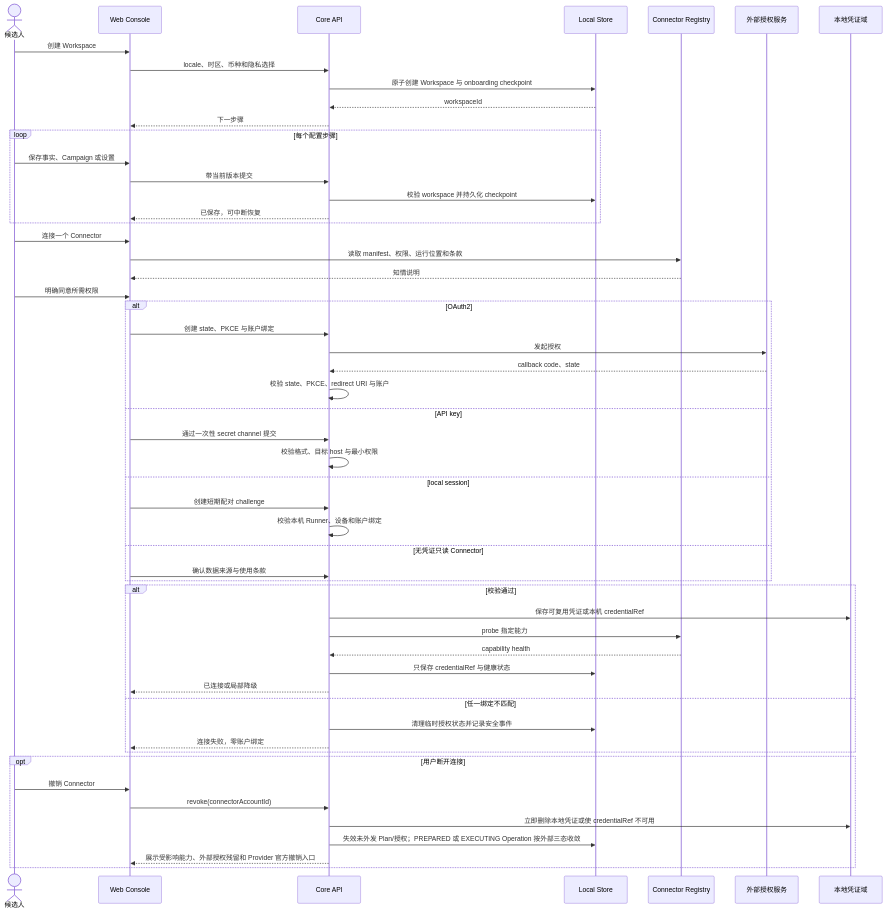
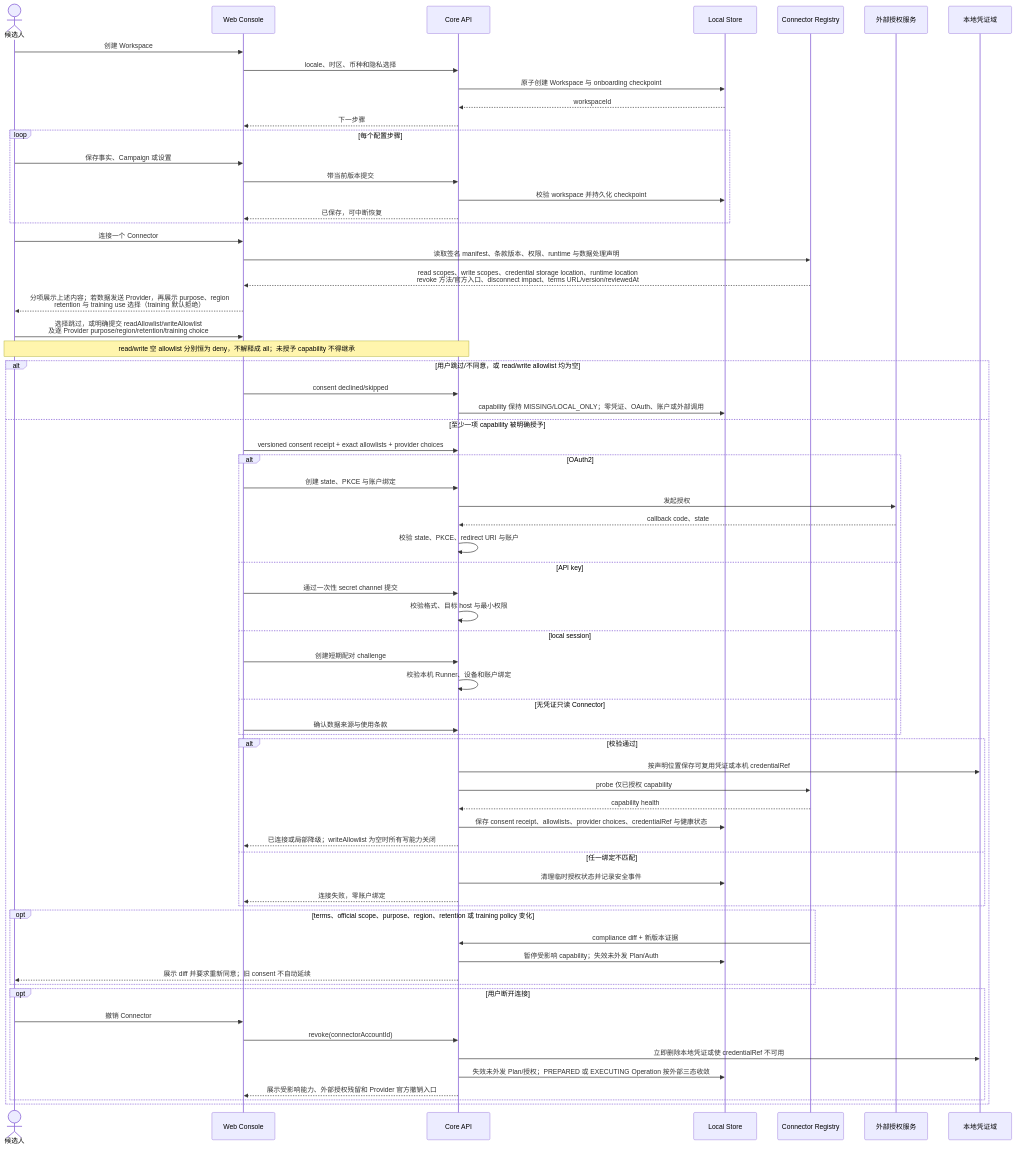
The first of 24 diagrams in docs/product/uml/05-sequence-flows.md (AnnCYW-cm/rolefox), drawn with Mermaid before and after one commit. The commit also changed other lines of this file and 22 other files, not shown here.

Commit message:
docs: accept v0.1 product and UML baseline

````diff
--- a/docs/product/uml/05-sequence-flows.md
+++ b/docs/product/uml/05-sequence-flows.md
@@ -9,58 +9,71 @@
 ```mermaid
 sequenceDiagram
     actor User as 候选人
     participant Web as Web Console
     participant Core as Core API
     participant DB as Local Store
     participant Registry as Connector Registry
     participant OAuth as 外部授权服务
     participant Vault as 本地凭证域
 
     User->>Web: 创建 Workspace
     Web->>Core: locale、时区、币种和隐私选择
     Core->>DB: 原子创建 Workspace 与 onboarding checkpoint
     DB-->>Core: workspaceId
     Core-->>Web: 下一步骤
     loop 每个配置步骤
         User->>Web: 保存事实、Campaign 或设置
         Web->>Core: 带当前版本提交
         Core->>DB: 校验 workspace 并持久化 checkpoint
         Core-->>Web: 已保存，可中断恢复
     end
     %% @anchor CONNECTOR_CONSENT
     User->>Web: 连接一个 Connector
-    Web->>Registry: 读取 manifest、权限、运行位置和条款
-    Registry-->>Web: 知情说明
-    User->>Web: 明确同意所需权限
-    alt OAuth2
-        Web->>Core: 创建 state、PKCE 与账户绑定
-        Core->>OAuth: 发起授权
-        OAuth-->>Core: callback code、state
-        Core->>Core: 校验 state、PKCE、redirect URI 与账户
-    else API key
-        Web->>Core: 通过一次性 secret channel 提交
-        Core->>Core: 校验格式、目标 host 与最小权限
-    else local session
-        Web->>Core: 创建短期配对 challenge
-        Core->>Core: 校验本机 Runner、设备和账户绑定
-    else 无凭证只读 Connector
-        Web->>Core: 确认数据来源与使用条款
-    end
-    alt 校验通过
-        Core->>Vault: 保存可复用凭证或本机 credentialRef
-        Core->>Registry: probe 指定能力
-        Registry-->>Core: capability health
-        Core->>DB: 只保存 credentialRef 与健康状态
-        Core-->>Web: 已连接或局部降级
-    else 任一绑定不匹配
-        Core->>DB: 清理临时授权状态并记录安全事件
-        Core-->>Web: 连接失败，零账户绑定
-    end
-    opt 用户断开连接
-        User->>Web: 撤销 Connector
-        Web->>Core: revoke(connectorAccountId)
-        Core->>Vault: 立即删除本地凭证或使 credentialRef 不可用
-        Core->>DB: 失效未外发 Plan/授权；PREPARED 或 EXECUTING Operation 按外部三态收敛
-        Core-->>Web: 展示受影响能力、外部授权残留和 Provider 官方撤销入口
+    Web->>Registry: 读取签名 manifest、条款版本、权限、runtime 与数据处理声明
+    Registry-->>Web: read scopes、write scopes、credential storage location、runtime location<br/>revoke 方法/官方入口、disconnect impact、terms URL/version/reviewedAt
+    Web-->>User: 分项展示上述内容；若数据发送 Provider，再展示 purpose、region<br/>retention 与 training use 选择（training 默认拒绝）
+    User->>Web: 选择跳过，或明确提交 readAllowlist/writeAllowlist<br/>及逐 Provider purpose/region/retention/training choice
+    Note over User,Core: read/write 空 allowlist 分别恒为 deny，不解释成 all；未授予 capability 不得继承
+    alt 用户跳过/不同意，或 read/write allowlist 均为空
+        Web->>Core: consent declined/skipped
+        Core->>DB: capability 保持 MISSING/LOCAL_ONLY；零凭证、OAuth、账户或外部调用
+    else 至少一项 capability 被明确授予
+        Web->>Core: versioned consent receipt + exact allowlists + provider choices
+        alt OAuth2
+            Web->>Core: 创建 state、PKCE 与账户绑定
+            Core->>OAuth: 发起授权
+            OAuth-->>Core: callback code、state
+            Core->>Core: 校验 state、PKCE、redirect URI 与账户
+        else API key
+            Web->>Core: 通过一次性 secret channel 提交
+            Core->>Core: 校验格式、目标 host 与最小权限
+        else local session
+            Web->>Core: 创建短期配对 challenge
+            Core->>Core: 校验本机 Runner、设备和账户绑定
+        else 无凭证只读 Connector
+            Web->>Core: 确认数据来源与使用条款
+        end
+        alt 校验通过
+            Core->>Vault: 按声明位置保存可复用凭证或本机 credentialRef
+            Core->>Registry: probe 仅已授权 capability
+            Registry-->>Core: capability health
+            Core->>DB: 保存 consent receipt、allowlists、provider choices、credentialRef 与健康状态
+            Core-->>Web: 已连接或局部降级；writeAllowlist 为空时所有写能力关闭
+        else 任一绑定不匹配
+            Core->>DB: 清理临时授权状态并记录安全事件
+            Core-->>Web: 连接失败，零账户绑定
+        end
+        opt terms、official scope、purpose、region、retention 或 training policy 变化
+            Registry->>Core: compliance diff + 新版本证据
+            Core->>DB: 暂停受影响 capability；失效未外发 Plan/Auth
+            Core-->>User: 展示 diff 并要求重新同意；旧 consent 不自动延续
+        end
+        opt 用户断开连接
+            User->>Web: 撤销 Connector
+            Web->>Core: revoke(connectorAccountId)
+            Core->>Vault: 立即删除本地凭证或使 credentialRef 不可用
+            Core->>DB: 失效未外发 Plan/授权；PREPARED 或 EXECUTING Operation 按外部三态收敛
+            Core-->>Web: 展示受影响能力、外部授权残留和 Provider 官方撤销入口
+        end
     end
 ```
````
